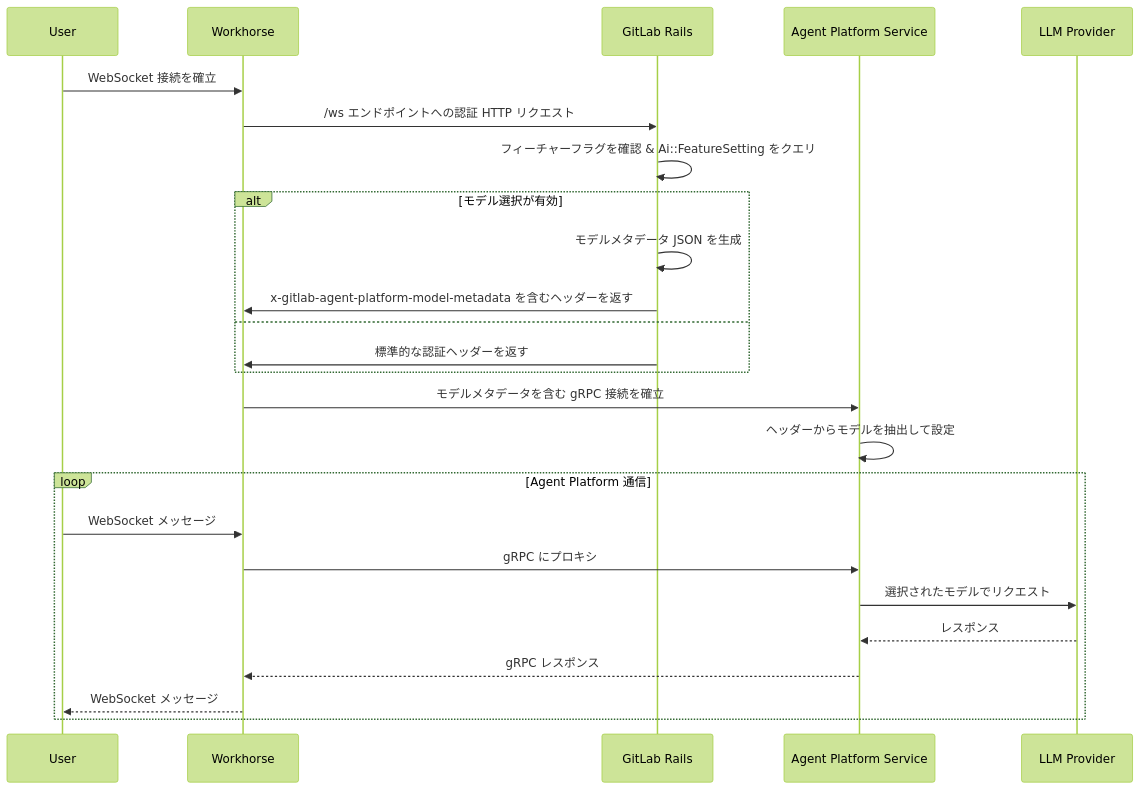
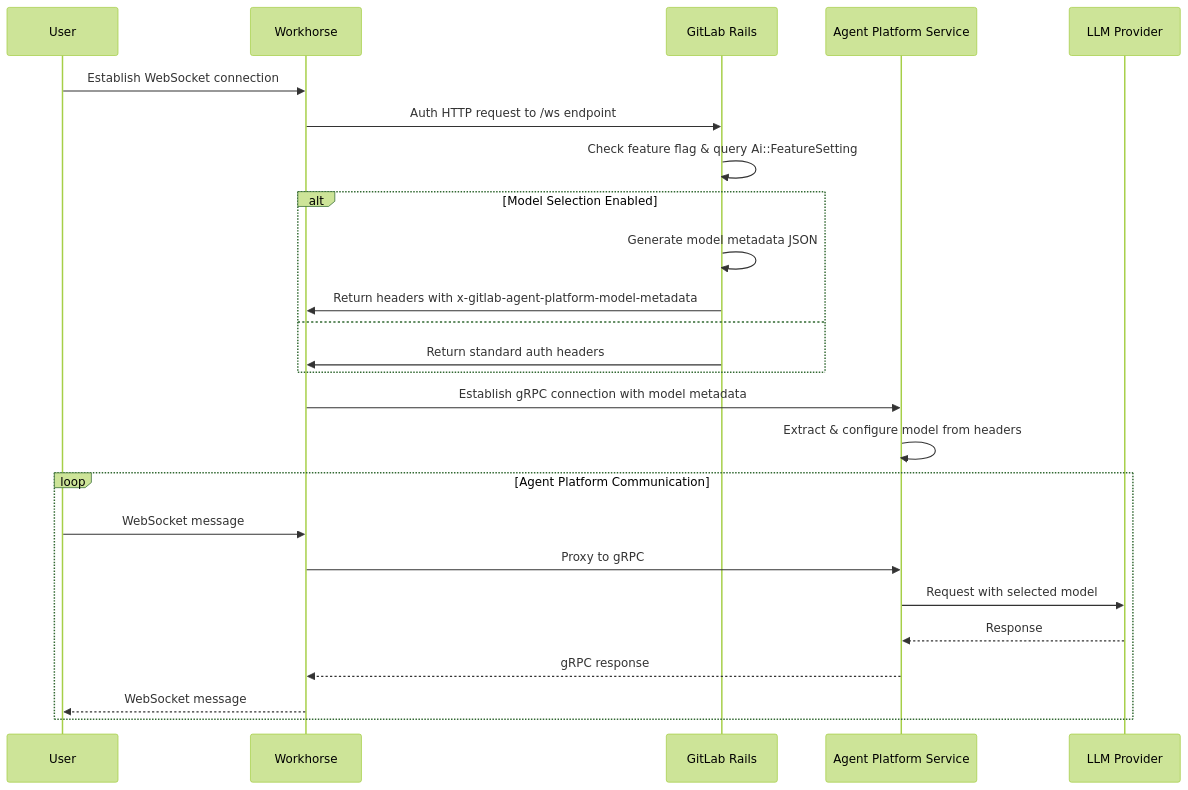
The seventh of 7 diagrams in content/handbook/engineering/architecture/design-documents/duo_workflow/_index.md (kyama0/gitlab-handbook-ja), drawn with Mermaid (forest theme) before and after one commit. The commit also changed other lines of this file and 3 other files, not shown here.

````diff
--- a/content/handbook/engineering/architecture/design-documents/duo_workflow/_index.md
+++ b/content/handbook/engineering/architecture/design-documents/duo_workflow/_index.md
@@ -688,31 +700,31 @@
 ```mermaid
 sequenceDiagram
     participant User
     participant WH as Workhorse
     participant Rails as GitLab Rails
     participant AP as Agent Platform Service
     participant LLM as LLM Provider
 
-    User->>WH: WebSocket 接続を確立
-    WH->>Rails: /ws エンドポイントへの認証 HTTP リクエスト
-    Rails->>Rails: フィーチャーフラグを確認 & Ai::FeatureSetting をクエリ
+    User->>WH: Establish WebSocket connection
+    WH->>Rails: Auth HTTP request to /ws endpoint
+    Rails->>Rails: Check feature flag & query Ai::FeatureSetting
 
-    alt モデル選択が有効
-        Rails->>Rails: モデルメタデータ JSON を生成
-        Rails->>WH: x-gitlab-agent-platform-model-metadata を含むヘッダーを返す
+    alt Model Selection Enabled
+        Rails->>Rails: Generate model metadata JSON
+        Rails->>WH: Return headers with x-gitlab-agent-platform-model-metadata
     else
-        Rails->>WH: 標準的な認証ヘッダーを返す
+        Rails->>WH: Return standard auth headers
     end
 
-    WH->>AP: モデルメタデータを含む gRPC 接続を確立
-    AP->>AP: ヘッダーからモデルを抽出して設定
+    WH->>AP: Establish gRPC connection with model metadata
+    AP->>AP: Extract & configure model from headers
 
-    loop Agent Platform 通信
-        User->>WH: WebSocket メッセージ
-        WH->>AP: gRPC にプロキシ
-        AP->>LLM: 選択されたモデルでリクエスト
-        LLM-->>AP: レスポンス
-        AP-->>WH: gRPC レスポンス
-        WH-->>User: WebSocket メッセージ
+    loop Agent Platform Communication
+        User->>WH: WebSocket message
+        WH->>AP: Proxy to gRPC
+        AP->>LLM: Request with selected model
+        LLM-->>AP: Response
+        AP-->>WH: gRPC response
+        WH-->>User: WebSocket message
     end
 ```
````
